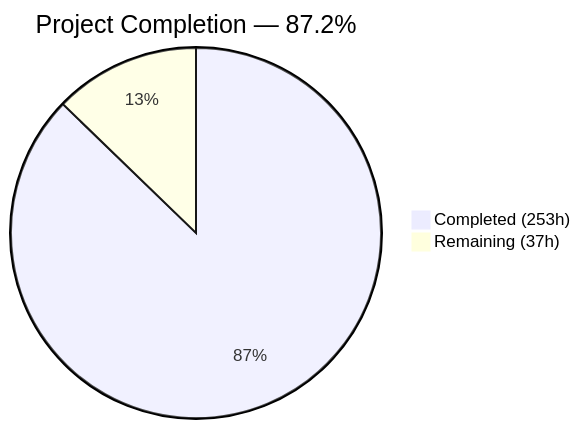
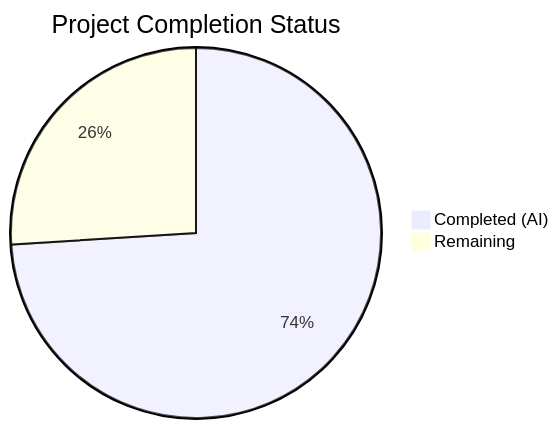
Before and after one commit to Blitzy-Sandbox/blitzy-cal: the first of 2 diagrams in blitzy/documentation/Project Guide.md, drawn with Mermaid. The commit also changed other lines of this file, not shown here.

Commit message:
Adding Blitzy Project Guide: Project Status and Human Tasks Remaining

````diff
--- a/blitzy/documentation/Project Guide.md
+++ b/blitzy/documentation/Project Guide.md
@@ -13,5 +13,5 @@
 ```mermaid
-pie title Project Completion — 87.2%
-    "Completed (253h)" : 253
-    "Remaining (37h)" : 37
+pie title Project Completion Status
+    "Completed (AI)" : 148
+    "Remaining" : 52
 ```
````
